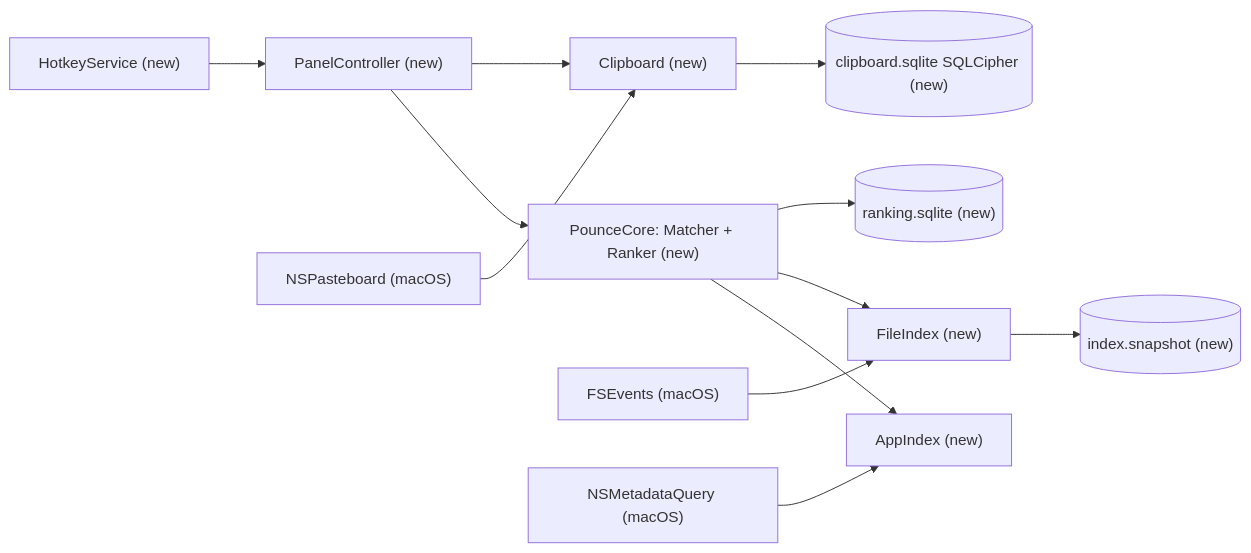
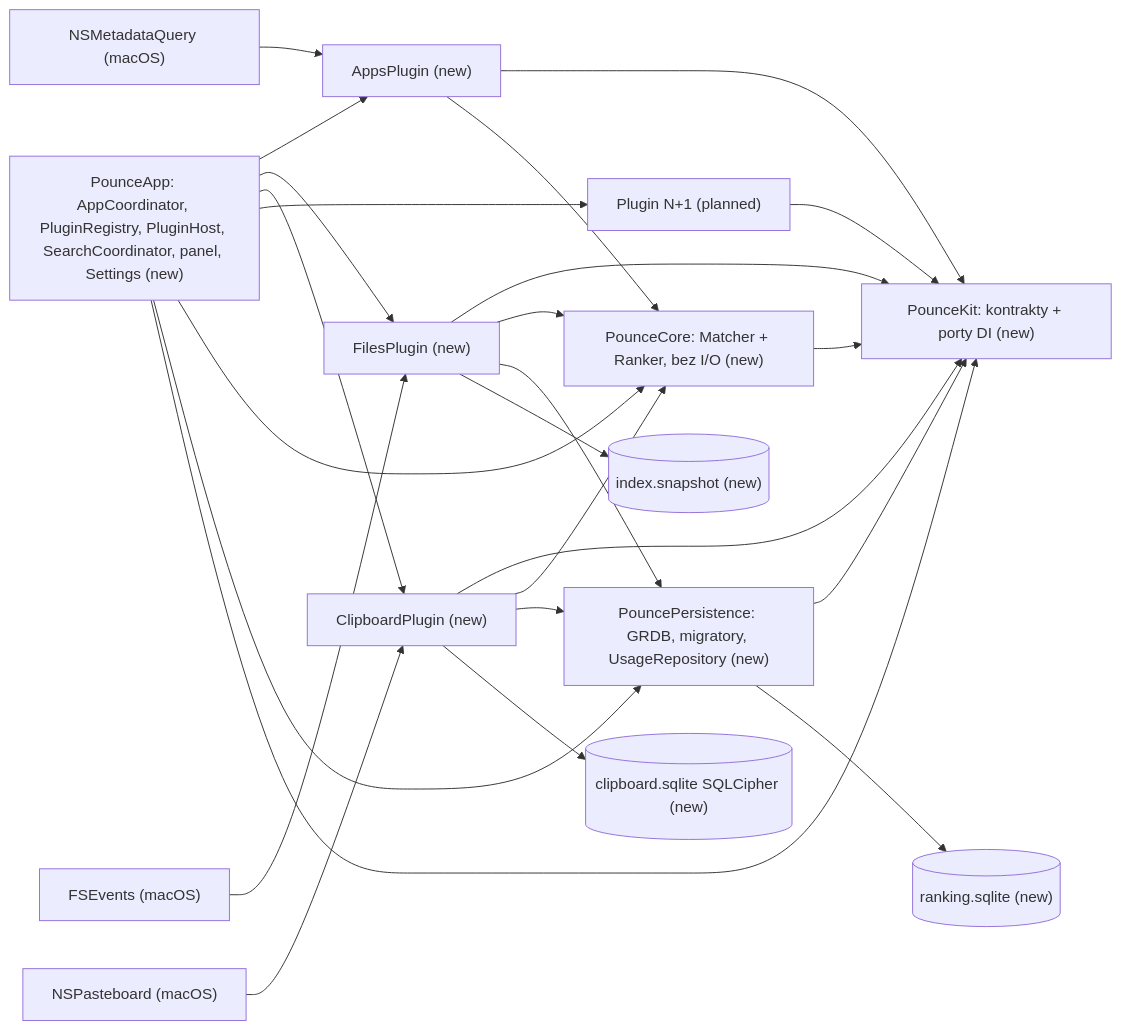
The first of 2 diagrams in .ai/specs/2026-10-31-pounce-launcher-mvp.md (mjozefiak/Pounce), drawn with Mermaid before and after one commit. The commit also changed other lines of this file and 1 other file, not shown here.

First line of the commit message:
docs(spec): adopt compile-time plugin model and native macOS detail

````diff
--- a/.ai/specs/2026-10-31-pounce-launcher-mvp.md
+++ b/.ai/specs/2026-10-31-pounce-launcher-mvp.md
@@ -62,14 +68,24 @@
 ```mermaid
 flowchart LR
-    hk["HotkeyService (new)"] --> panel["PanelController (new)"]
-    panel --> core["PounceCore: Matcher + Ranker (new)"]
-    core --> apps["AppIndex (new)"]
-    core --> files["FileIndex (new)"]
-    panel --> clip["Clipboard (new)"]
+    app["PounceApp: AppCoordinator, PluginRegistry, PluginHost, SearchCoordinator, panel, Settings (new)"]
+    kit["PounceKit: kontrakty + porty DI (new)"]
+    core["PounceCore: Matcher + Ranker, bez I/O (new)"]
+    pers["PouncePersistence: GRDB, migratory, UsageRepository (new)"]
+    apps["AppsPlugin (new)"]
+    files["FilesPlugin (new)"]
+    clip["ClipboardPlugin (new)"]
+    next["Plugin N+1 (planned)"]
+    app --> apps & files & clip & next
+    app --> core & pers & kit
+    apps & files & clip & next --> kit
+    apps & files & clip --> core
+    files & clip --> pers
+    core --> kit
+    pers --> kit
+    pers --> rdb[("ranking.sqlite (new)")]
     clip --> db[("clipboard.sqlite SQLCipher (new)")]
-    core --> rdb[("ranking.sqlite (new)")]
     files --> snap[("index.snapshot (new)")]
     fse["FSEvents (macOS)"] --> files
     mdq["NSMetadataQuery (macOS)"] --> apps
     pb["NSPasteboard (macOS)"] --> clip
 ```
````
